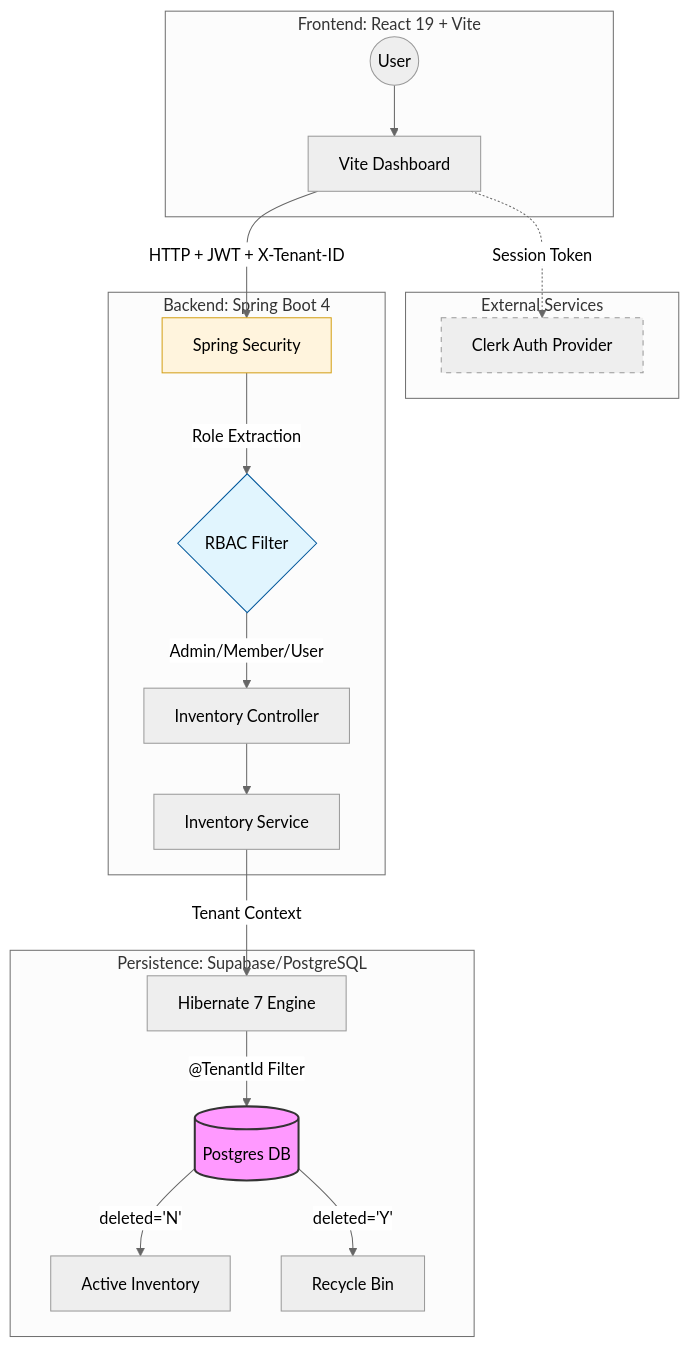
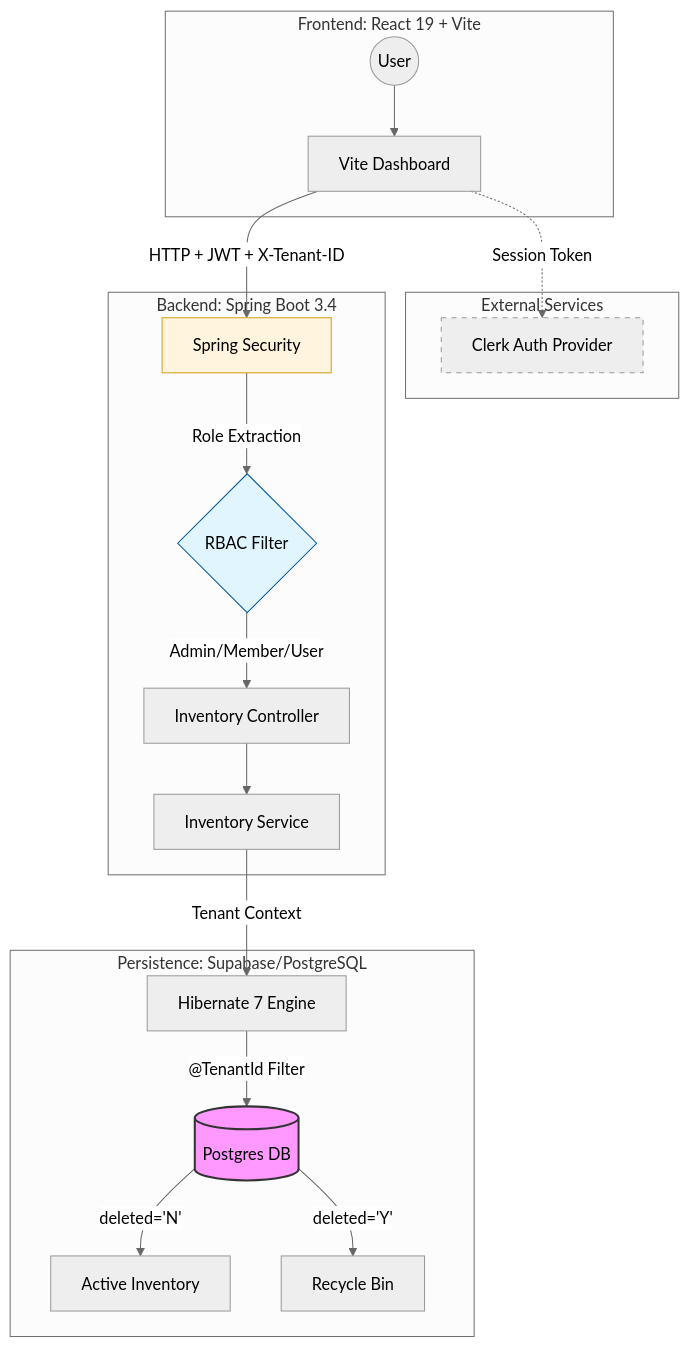
The diagram in README.md (SaaammmyyyS/stack-inventory-manager), drawn with Mermaid (neutral theme) before and after one commit. The commit also changed other lines of this file, not shown here.

First line of the commit message:
Update Spring Boot version and enhance README

````diff
--- a/README.md
+++ b/README.md
@@ -11,30 +11,30 @@
 ```mermaid
 graph TD
     subgraph External [External Services]
         Clerk[Clerk Auth Provider]
     end
 
     subgraph Client_Layer [Frontend: React 19 + Vite]
         User((User)) --> WebApp[Vite Dashboard]
         WebApp -.->|Session Token| Clerk
     end
 
-    subgraph API_Layer [Backend: Spring Boot 4]
+    subgraph API_Layer [Backend: Spring Boot 3.4]
         WebApp -- "HTTP + JWT + X-Tenant-ID" --> Gateway[Spring Security]
         Gateway -- "Role Extraction" --> RBAC{RBAC Filter}
         RBAC -- "Admin/Member/User" --> Controller[Inventory Controller]
         Controller --> Service[Inventory Service]
     end
 
     subgraph Data_Layer [Persistence: Supabase/PostgreSQL]
         Service -- "Tenant Context" --> Hibernate[Hibernate 7 Engine]
         Hibernate -- "@TenantId Filter" --> DB[(Postgres DB)]
         DB -- "deleted='N'" --> Active[Active Inventory]
         DB -- "deleted='Y'" --> Trash[Recycle Bin]
     end
 
     style DB fill:#f9f,stroke:#333,stroke-width:2px
     style Gateway fill:#fff4dd,stroke:#d4a017
     style RBAC fill:#e1f5fe,stroke:#01579b
     style Clerk fill:#eee,stroke:#999,stroke-dasharray: 5 5
 ```
````
